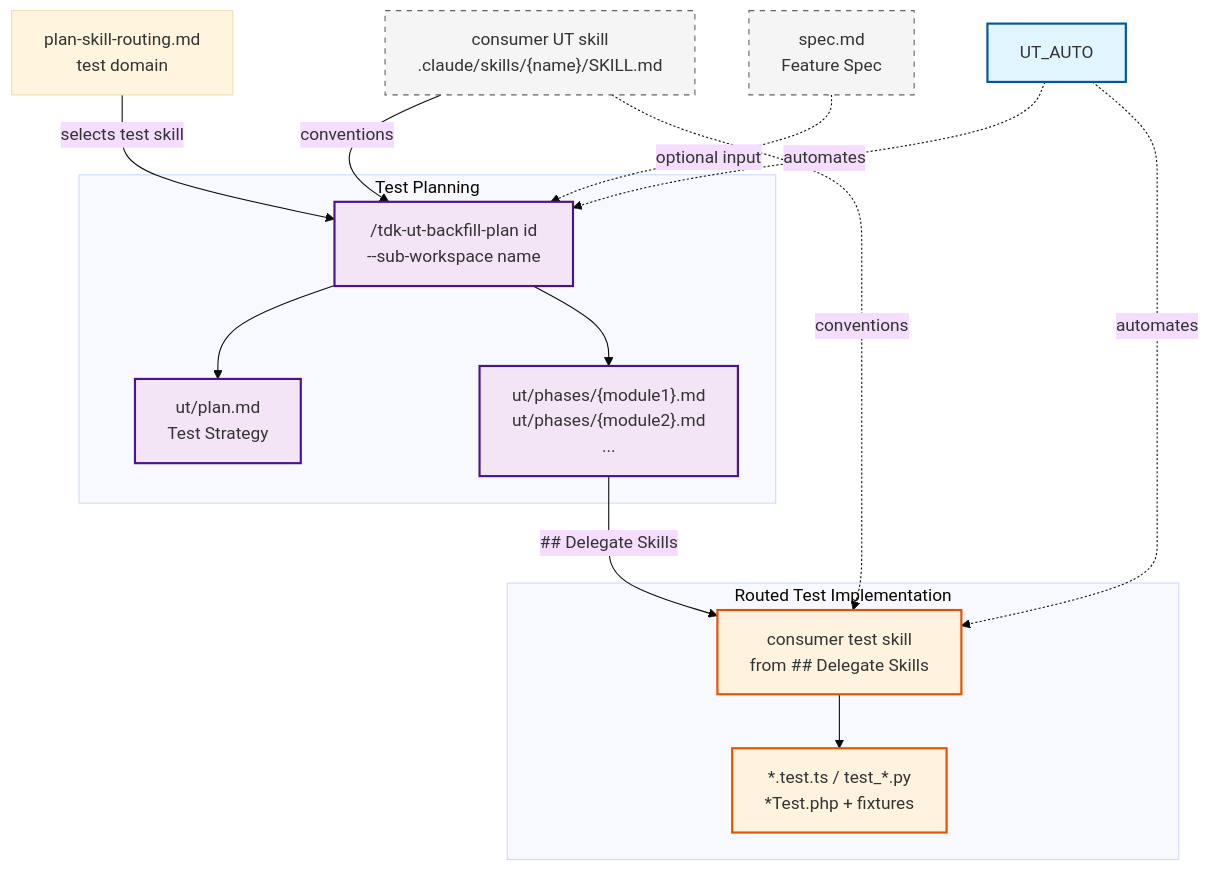
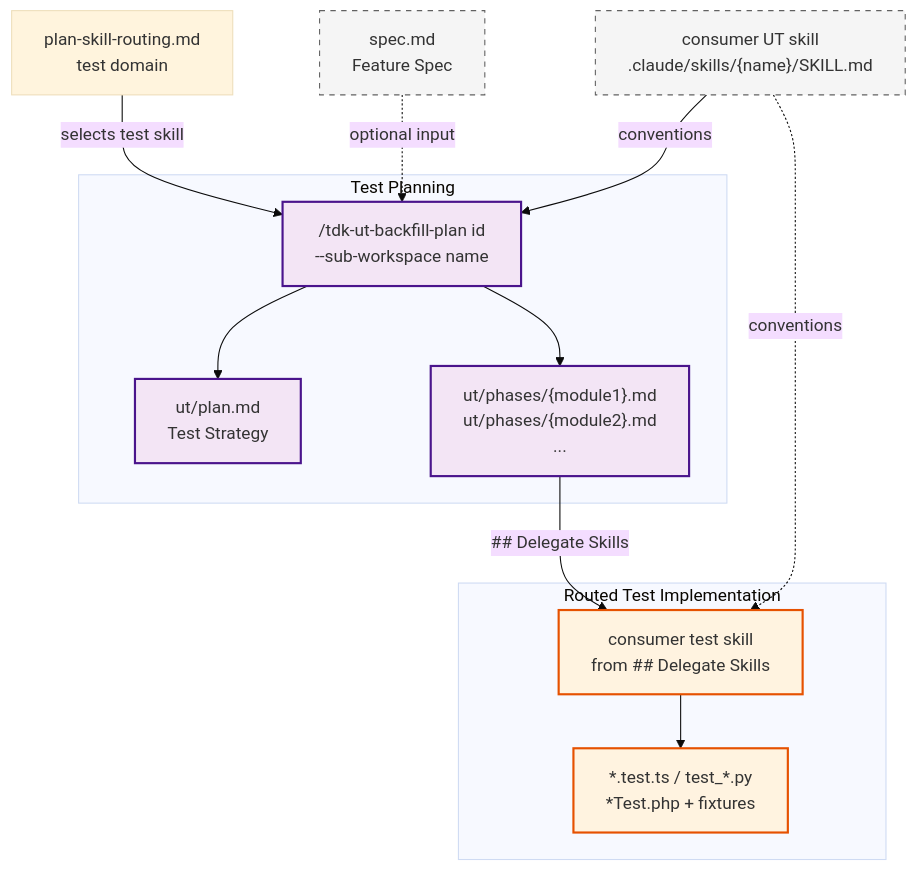
One commit to vinhltt/tdk changed the fifth of 8 diagrams in .specify/docs/en/guides/document-flow.md. Above: the diagram before and after it, drawn with Mermaid (base theme). The commit also changed other lines of this file and 35 other files, not shown here.

````diff
--- a/.specify/docs/en/guides/document-flow.md
+++ b/.specify/docs/en/guides/document-flow.md
@@ -232,39 +208,36 @@
 ```mermaid
 flowchart TD
     SPEC_UT[spec.md<br/>Feature Spec]
     UT_SKILL["consumer UT skill<br/>.claude/skills/{name}/SKILL.md"]
 
     subgraph PLANNING_UT["Test Planning"]
         UT_PLAN_CMD["/tdk-ut-backfill-plan id<br/>--sub-workspace name"]
         UT_PLAN["ut/plan.md<br/>Test Strategy"]
         UT_PHASES["ut/phases/{module1}.md<br/>ut/phases/{module2}.md<br/>..."]
     end
 
     subgraph GENERATION_UT["Routed Test Implementation"]
         UT_GEN["consumer test skill<br/>from ## Delegate Skills"]
         TEST_FILES["*.test.ts / test_*.py<br/>*Test.php + fixtures"]
     end
 
     ROUTING["plan-skill-routing.md<br/>test domain"]
 
     ROUTING -->|selects test skill| UT_PLAN_CMD
     UT_SKILL -->|conventions| UT_PLAN_CMD
     UT_PLAN_CMD --> UT_PLAN
     UT_PLAN_CMD --> UT_PHASES
     UT_PHASES -->|## Delegate Skills| UT_GEN
     UT_SKILL -.->|conventions| UT_GEN
     UT_GEN --> TEST_FILES
-    UT_AUTO -.->|"automates"| UT_PLAN_CMD
-    UT_AUTO -.->|"automates"| UT_GEN
     SPEC_UT -.->|optional input| UT_PLAN_CMD
 
     classDef planning fill:#f3e5f5,stroke:#4a148c,stroke-width:2px
     classDef generation fill:#fff3e0,stroke:#e65100,stroke-width:2px
     classDef orchestrator fill:#e1f5ff,stroke:#01579b,stroke-width:2px
     classDef reference fill:#f5f5f5,stroke:#616161,stroke-width:1px,stroke-dasharray: 5 5
 
     class UT_PLAN_CMD,UT_PLAN,UT_PHASES planning
     class UT_GEN,TEST_FILES generation
-    class UT_AUTO orchestrator
     class SPEC_UT,UT_SKILL reference
 ```
````
